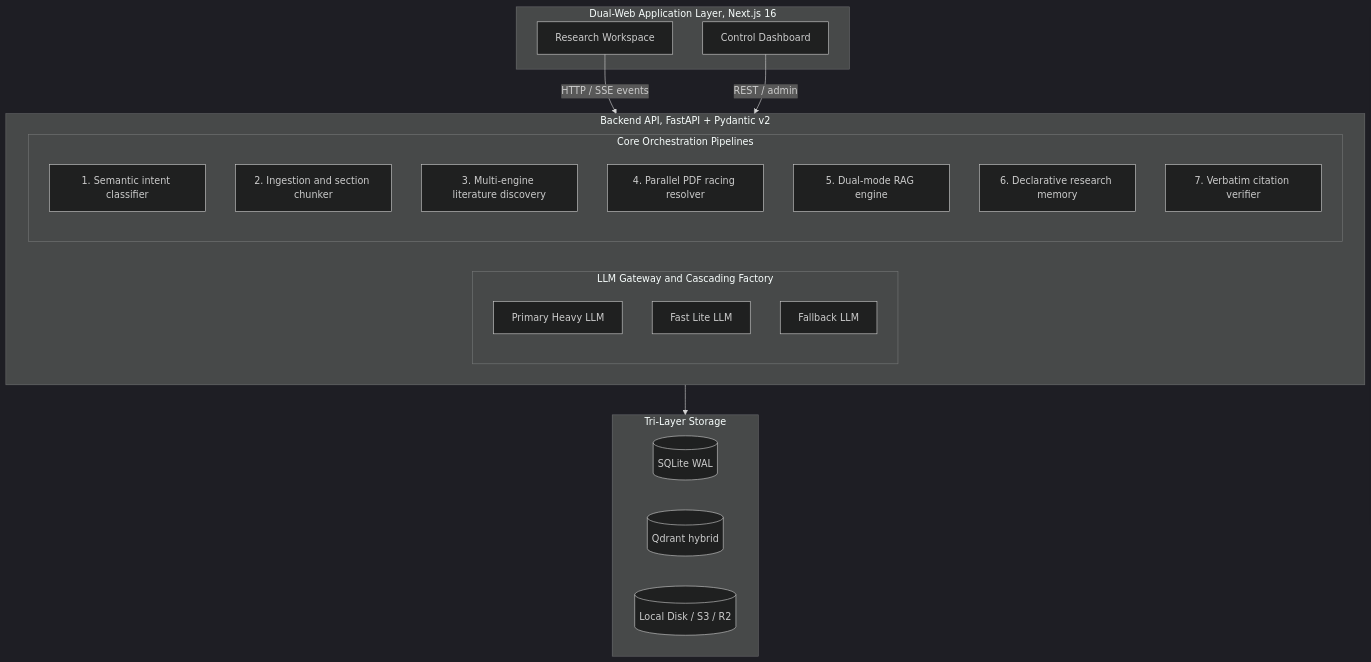
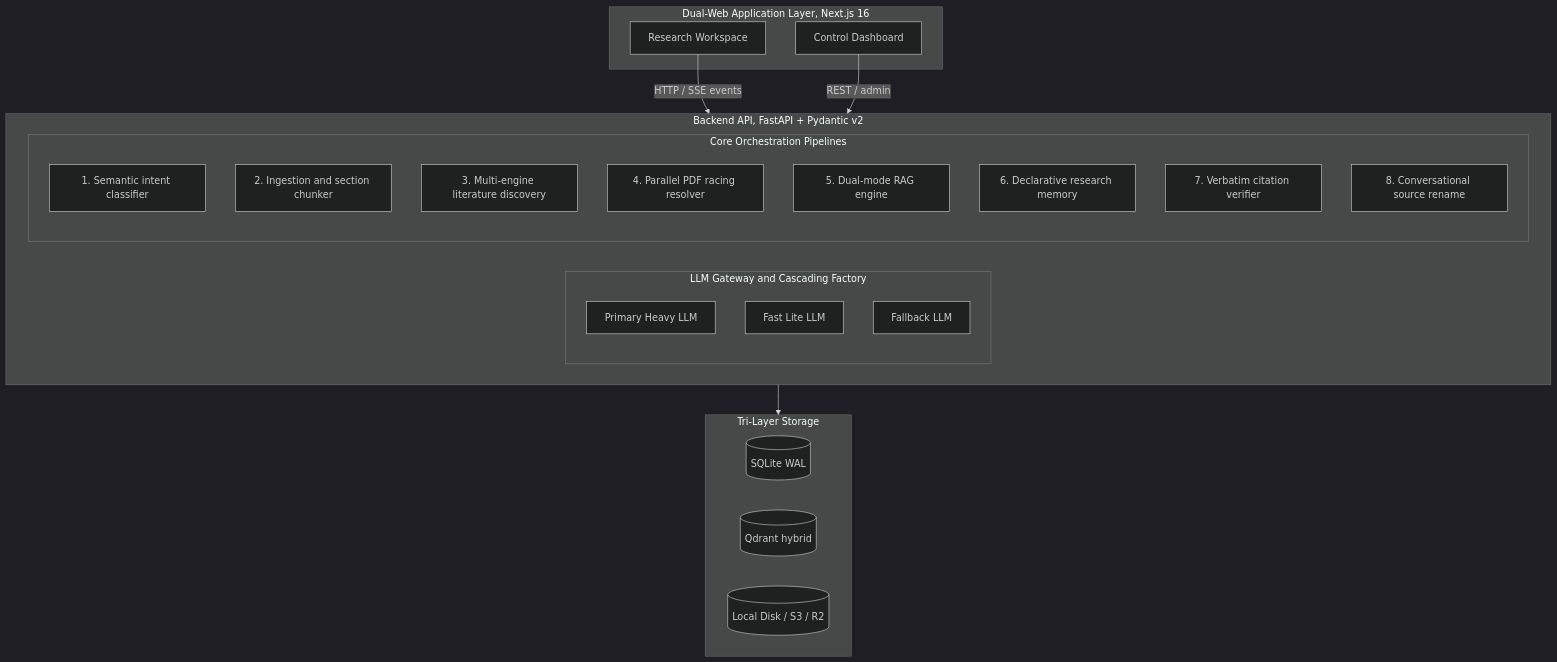
One commit to ganendraditya/not-notebooklm changed the first of 8 diagrams in docs/TECHNICAL_STACK_AND_PIPELINES.md. Above: the diagram before and after it, drawn with Mermaid (dark theme). The commit also changed other lines of this file and 26 other files, not shown here.

Commit message:
feat: add conversational source renaming (#50)

````diff
--- a/docs/TECHNICAL_STACK_AND_PIPELINES.md
+++ b/docs/TECHNICAL_STACK_AND_PIPELINES.md
@@ -11,31 +11,32 @@
 ```mermaid
 graph TB
     subgraph WEB["Dual-Web Application Layer, Next.js 16"]
         WS["Research Workspace"]
         ADM["Control Dashboard"]
     end
     subgraph BE["Backend API, FastAPI + Pydantic v2"]
         subgraph GW["LLM Gateway and Cascading Factory"]
             PRI["Primary Heavy LLM"]
             FST["Fast Lite LLM"]
             FBC["Fallback LLM"]
         end
         subgraph PIPE["Core Orchestration Pipelines"]
             P1["1. Semantic intent classifier"]
             P2["2. Ingestion and section chunker"]
             P3["3. Multi-engine literature discovery"]
             P4["4. Parallel PDF racing resolver"]
             P5["5. Dual-mode RAG engine"]
             P6["6. Declarative research memory"]
             P7["7. Verbatim citation verifier"]
+            P8["8. Conversational source rename"]
         end
     end
     subgraph STORE["Tri-Layer Storage"]
         SQL[("SQLite WAL")]
         QD[("Qdrant hybrid")]
         OBJ[("Local Disk / S3 / R2")]
     end
     WS -->|"HTTP / SSE events"| BE
     ADM -->|"REST / admin"| BE
     BE --> STORE
 ```
````
